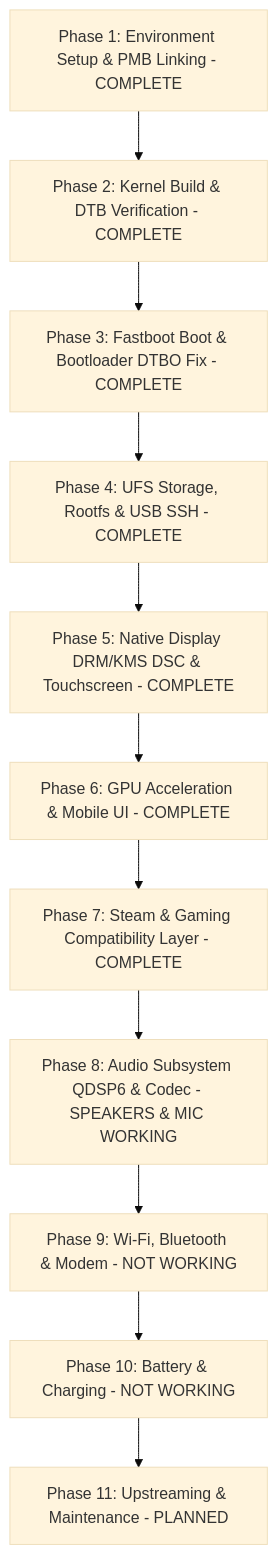
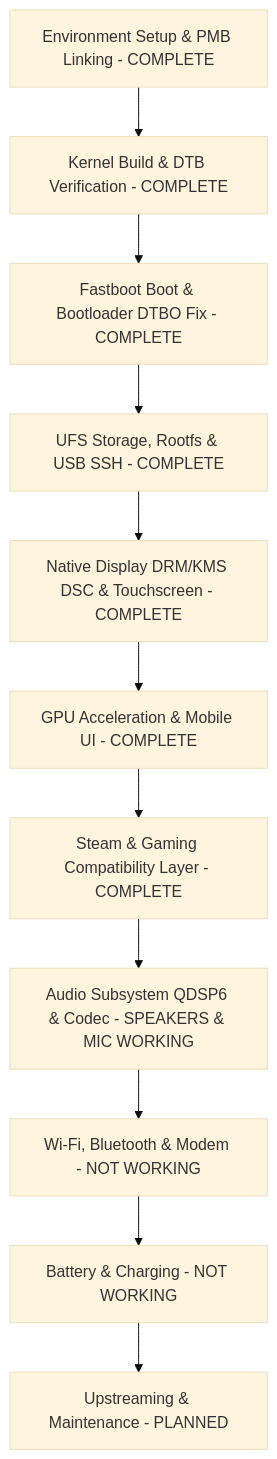
Before and after one commit to emilyastranova/guacamole_nura: the diagram in docs/PLAN.md, drawn with Mermaid (base theme). The commit also changed other lines of this file and 3 other files, not shown here.

````diff
--- a/docs/PLAN.md
+++ b/docs/PLAN.md
@@ -26,13 +26,13 @@
 ```mermaid
 flowchart TD
-    A[Phase 1: Environment Setup & PMB Linking - COMPLETE] --> B[Phase 2: Kernel Build & DTB Verification - COMPLETE]
-    B --> C[Phase 3: Fastboot Boot & Bootloader DTBO Fix - COMPLETE]
-    C --> D[Phase 4: UFS Storage, Rootfs & USB SSH - COMPLETE]
-    D --> E[Phase 5: Native Display DRM/KMS DSC & Touchscreen - COMPLETE]
-    E --> F[Phase 6: GPU Acceleration & Mobile UI - COMPLETE]
-    F --> G[Phase 7: Steam & Gaming Compatibility Layer - COMPLETE]
-    G --> H[Phase 8: Audio Subsystem QDSP6 & Codec - SPEAKERS & MIC WORKING]
-    H --> I[Phase 9: Wi-Fi, Bluetooth & Modem - NOT WORKING]
-    I --> J[Phase 10: Battery & Charging - NOT WORKING]
-    J --> K[Phase 11: Upstreaming & Maintenance - PLANNED]
+    A[Environment Setup & PMB Linking - COMPLETE] --> B[Kernel Build & DTB Verification - COMPLETE]
+    B --> C[Fastboot Boot & Bootloader DTBO Fix - COMPLETE]
+    C --> D[UFS Storage, Rootfs & USB SSH - COMPLETE]
+    D --> E[Native Display DRM/KMS DSC & Touchscreen - COMPLETE]
+    E --> F[GPU Acceleration & Mobile UI - COMPLETE]
+    F --> G[Steam & Gaming Compatibility Layer - COMPLETE]
+    G --> H[Audio Subsystem QDSP6 & Codec - SPEAKERS & MIC WORKING]
+    H --> I[Wi-Fi, Bluetooth & Modem - NOT WORKING]
+    I --> J[Battery & Charging - NOT WORKING]
+    J --> K[Upstreaming & Maintenance - PLANNED]
 ```
````
